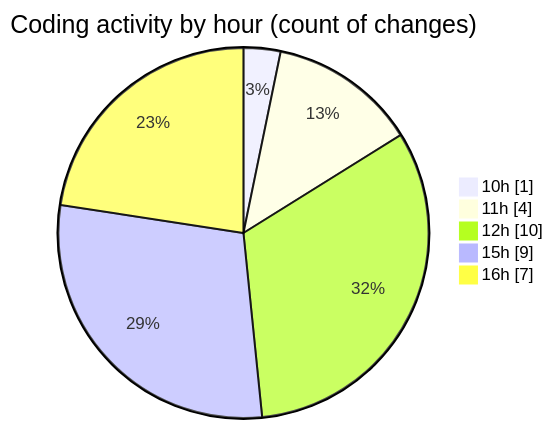
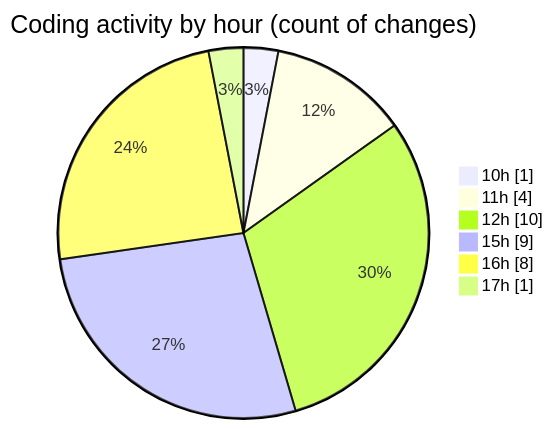
Before and after one commit to debugP/code-tracking: the second of 2 diagrams in 2025-10-08/untitled__workspace_/README.md, drawn with Mermaid. The commit also changed other lines of this file and 1 other file, not shown here.

````diff
--- a/2025-10-08/untitled__workspace_/README.md
+++ b/2025-10-08/untitled__workspace_/README.md
@@ -32,9 +32,10 @@
 ```mermaid
 pie showData
 title Coding activity by hour (count of changes)
 "10h" : 1
 "11h" : 4
 "12h" : 10
 "15h" : 9
-"16h" : 7
+"16h" : 8
+"17h" : 1
 ```
````
